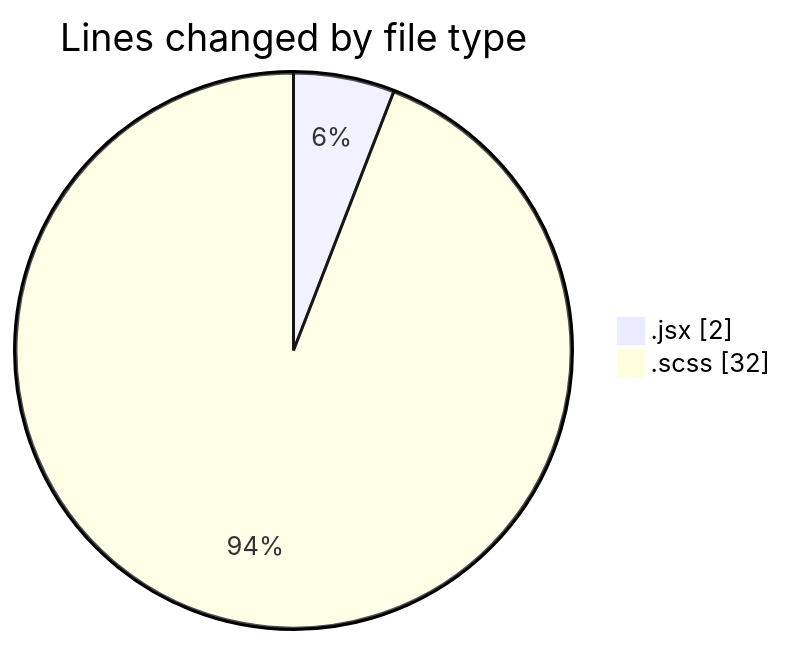
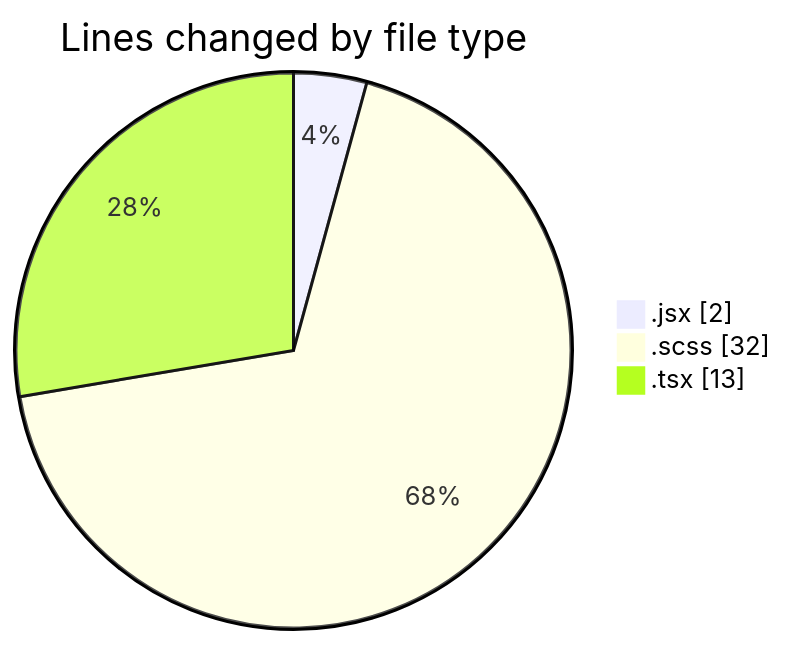
Before and after one commit to momahboobian/code-tracking: the first of 2 diagrams in 2025-06-06/cda/README.md, drawn with Mermaid. The commit also changed other lines of this file and 1 other file, not shown here.

````diff
--- a/2025-06-06/cda/README.md
+++ b/2025-06-06/cda/README.md
@@ -21,6 +22,7 @@
 ```mermaid
 pie showData
 title Lines changed by file type
 ".jsx" : 2
 ".scss" : 32
+".tsx" : 13
 ```
````
